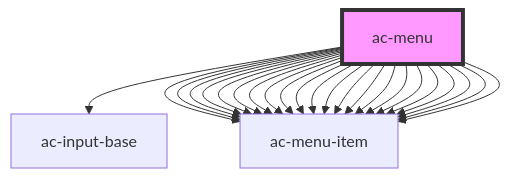
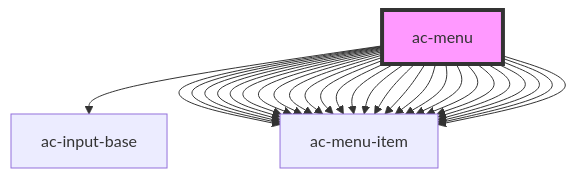
One commit to accera-tech/solar-components changed the diagram in src/components/molecules/ac-menu/readme.md. Above: the diagram before and after it, drawn with Mermaid. The commit also changed other lines of this file and 1 other file, not shown here.

Commit message:
chore: 🍺 update version

````diff
--- a/src/components/molecules/ac-menu/readme.md
+++ b/src/components/molecules/ac-menu/readme.md
@@ -55,27 +59,31 @@
 ```mermaid
 graph TD;
   ac-menu --> ac-input-base
   ac-menu --> ac-menu-item
   ac-menu --> ac-menu-item
   ac-menu --> ac-menu-item
   ac-menu --> ac-menu-item
   ac-menu --> ac-menu-item
   ac-menu --> ac-menu-item
   ac-menu --> ac-menu-item
   ac-menu --> ac-menu-item
   ac-menu --> ac-menu-item
   ac-menu --> ac-menu-item
   ac-menu --> ac-menu-item
   ac-menu --> ac-menu-item
   ac-menu --> ac-menu-item
   ac-menu --> ac-menu-item
   ac-menu --> ac-menu-item
   ac-menu --> ac-menu-item
   ac-menu --> ac-menu-item
   ac-menu --> ac-menu-item
   ac-menu --> ac-menu-item
   ac-menu --> ac-menu-item
   ac-menu --> ac-menu-item
   ac-menu --> ac-menu-item
+  ac-menu --> ac-menu-item
+  ac-menu --> ac-menu-item
+  ac-menu --> ac-menu-item
+  ac-menu --> ac-menu-item
   style ac-menu fill:#f9f,stroke:#333,stroke-width:4px
 ```
````
